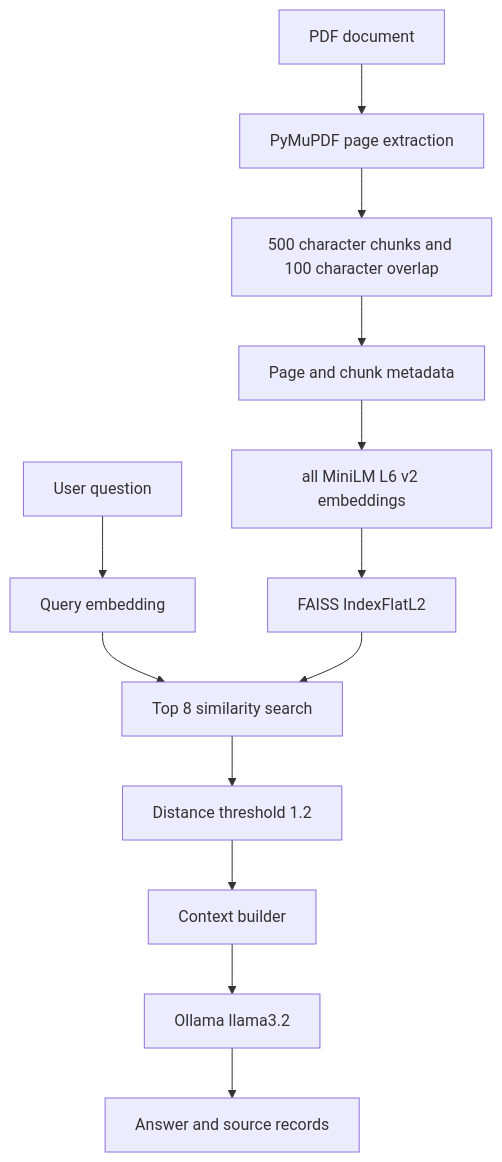
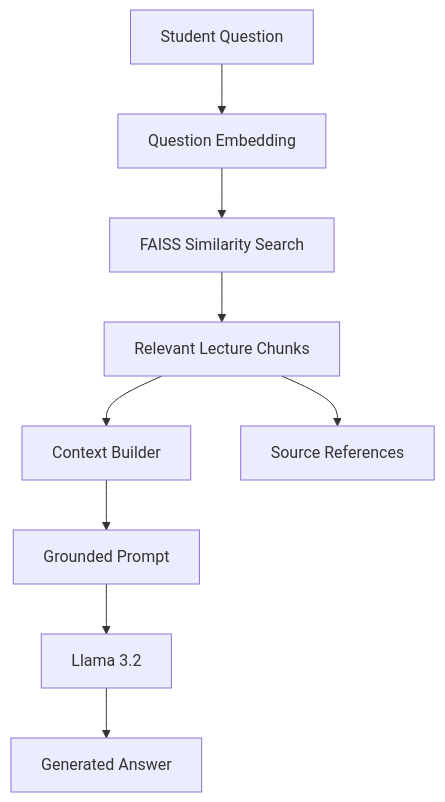
One commit to NAITIKK682/ProfessorMindAI changed the third of 15 diagrams in README.md. Above: the diagram before and after it, drawn with Mermaid. The commit also changed other lines of this file and 7 other files, not shown here.

````diff
--- a/README.md
+++ b/README.md
@@ -112,15 +499,30 @@
 ```mermaid
 flowchart TD
-    Document[PDF document] --> Extraction[PyMuPDF page extraction]
-    Extraction --> Chunking[500 character chunks and 100 character overlap]
-    Chunking --> Metadata[Page and chunk metadata]
-    Metadata --> Embedding[all MiniLM L6 v2 embeddings]
-    Embedding --> VectorStore[FAISS IndexFlatL2]
-    Question[User question] --> QueryEmbedding[Query embedding]
-    QueryEmbedding --> Similarity[Top 8 similarity search]
-    VectorStore --> Similarity
-    Similarity --> Filter[Distance threshold 1.2]
-    Filter --> Context[Context builder]
-    Context --> Generation[Ollama llama3.2]
-    Generation --> Output[Answer and source records]
+
+    QUESTION[Student Question]
+
+    EMBED[Question Embedding]
+
+    SEARCH[FAISS Similarity Search]
+
+    RESULTS[Relevant Lecture Chunks]
+
+    CONTEXT[Context Builder]
+
+    PROMPT[Grounded Prompt]
+
+    LLM[Llama 3.2]
+
+    ANSWER[Generated Answer]
+
+    SOURCES[Source References]
+
+    QUESTION --> EMBED
+    EMBED --> SEARCH
+    SEARCH --> RESULTS
+    RESULTS --> CONTEXT
+    CONTEXT --> PROMPT
+    PROMPT --> LLM
+    LLM --> ANSWER
+    RESULTS --> SOURCES
 ```
````
